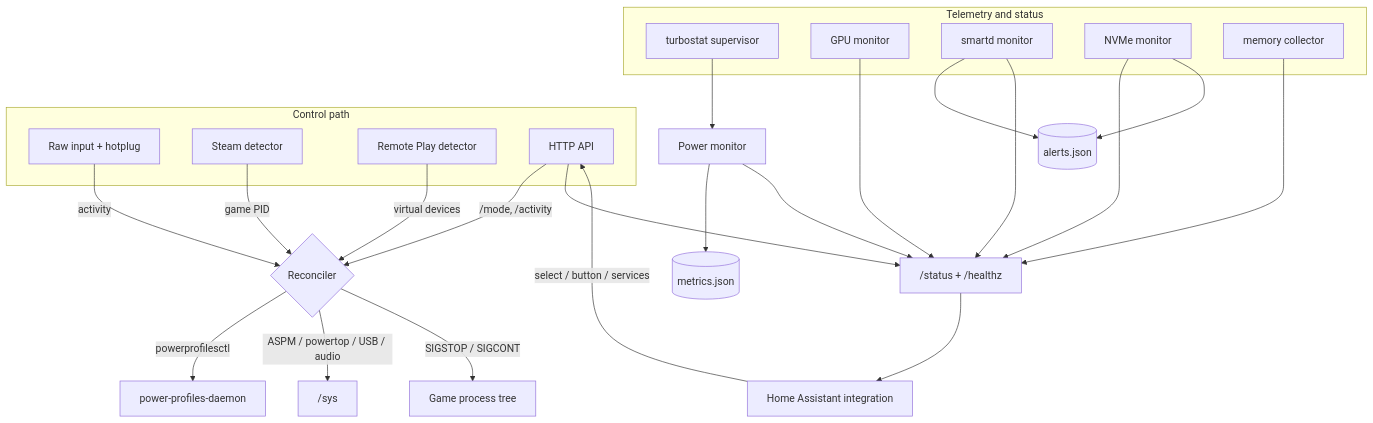
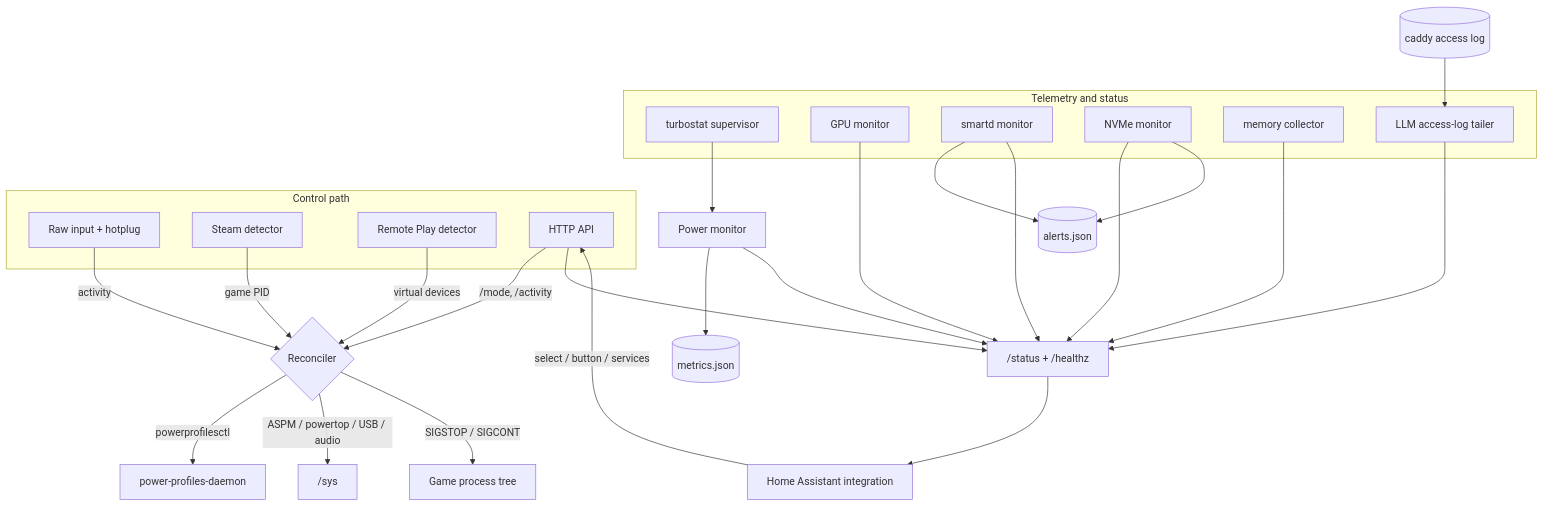
Before and after one commit to zaolin/framework-powerd: the diagram in docs/architecture.md, drawn with Mermaid. The commit also changed other lines of this file and 26 other files, not shown here.

````diff
--- a/docs/architecture.md
+++ b/docs/architecture.md
@@ -27,41 +27,44 @@
 ```mermaid
 flowchart TD
     subgraph Control["Control path"]
         Input["Raw input + hotplug"]
         Steam["Steam detector"]
         Remote["Remote Play detector"]
         API["HTTP API"]
     end
 
     Reconciler{"Reconciler"}
 
     Input -->|"activity"| Reconciler
     Steam -->|"game PID"| Reconciler
     Remote -->|"virtual devices"| Reconciler
     API -->|"/mode, /activity"| Reconciler
 
     Reconciler -->|"powerprofilesctl"| PPD["power-profiles-daemon"]
     Reconciler -->|"ASPM / powertop / USB / audio"| Sysfs["/sys"]
     Reconciler -->|"SIGSTOP / SIGCONT"| Pauser["Game process tree"]
 
     subgraph Telemetry["Telemetry and status"]
         Turbo["turbostat supervisor"]
         GPU["GPU monitor"]
         SMART["smartd monitor"]
         NVMe["NVMe monitor"]
         Mem["memory collector"]
+        LLM["LLM access-log tailer"]
     end
 
     Turbo --> PowerMon["Power monitor"]
     PowerMon --> Metrics[("metrics.json")]
     PowerMon --> Status["/status + /healthz"]
     GPU --> Status
     SMART --> Alerts[("alerts.json")]
     SMART --> Status
     NVMe --> Status
     NVMe --> Alerts
     Mem --> Status
+    CaddyLog[("caddy access log")] --> LLM
+    LLM --> Status
     API --> Status
     Status --> HA["Home Assistant integration"]
     HA -->|"select / button / services"| API
 ```
````
